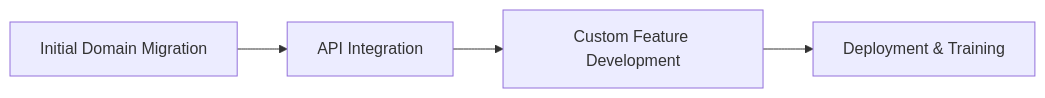
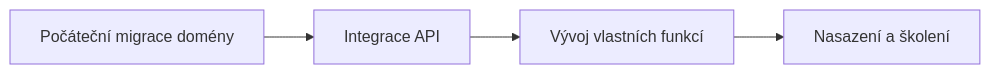
Before and after one commit to forwardemail/forwardemail.net: the second of 2 diagrams in app/views/docs/linux-foundation-email-enterprise-case-study/index-cs.md, drawn with Mermaid. The commit also changed other lines of this file and 1055 other files, not shown here.

````diff
--- a/app/views/docs/linux-foundation-email-enterprise-case-study/index-cs.md
+++ b/app/views/docs/linux-foundation-email-enterprise-case-study/index-cs.md
@@ -82,6 +86,6 @@
 ```mermaid
 flowchart LR
-    A[Initial Domain Migration] --> B[API Integration]
-    B --> C[Custom Feature Development]
-    C --> D[Deployment & Training]
+    A[Počáteční migrace domény] --> B[Integrace API]
+    B --> C[Vývoj vlastních funkcí]
+    C --> D[Nasazení a školení]
 ```
````
